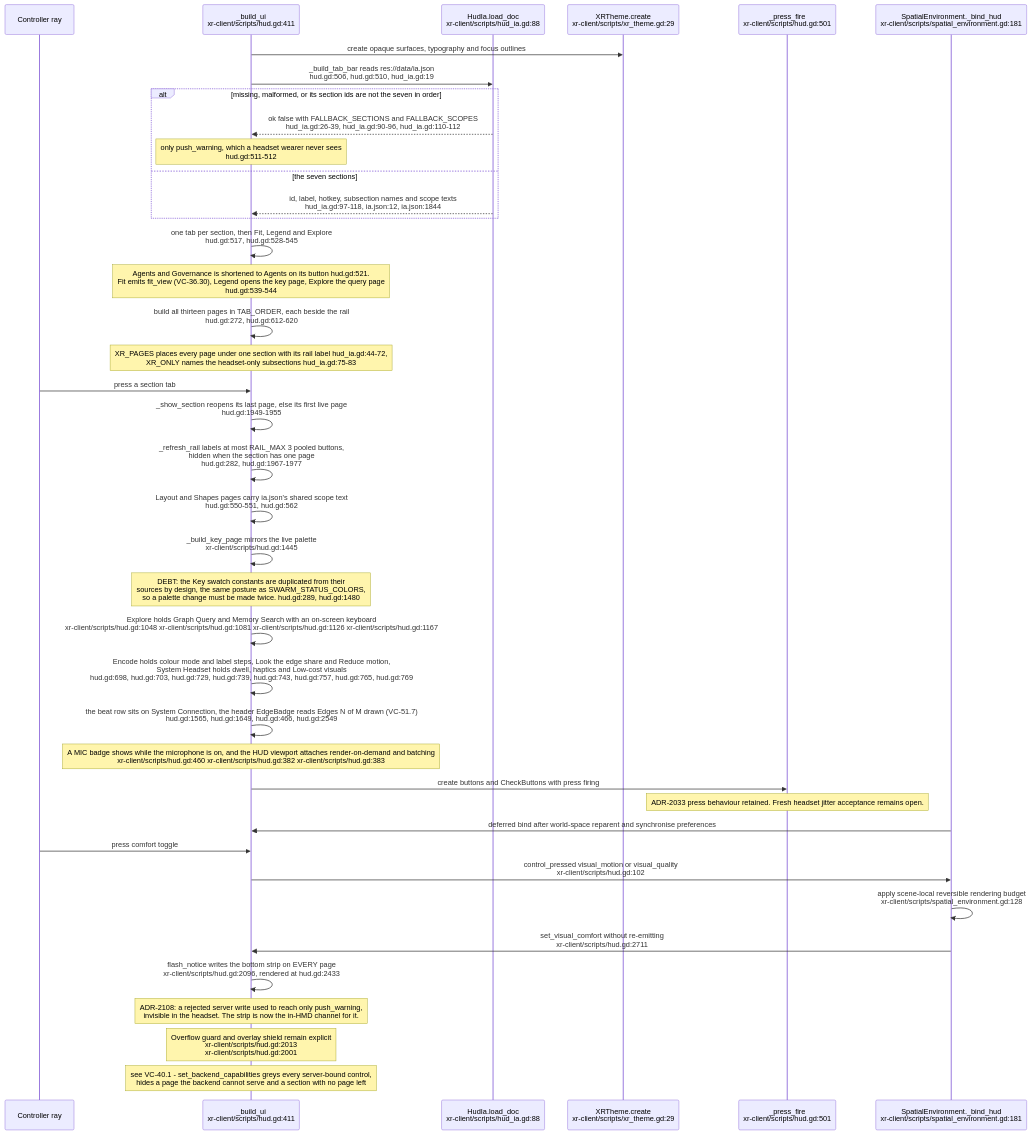
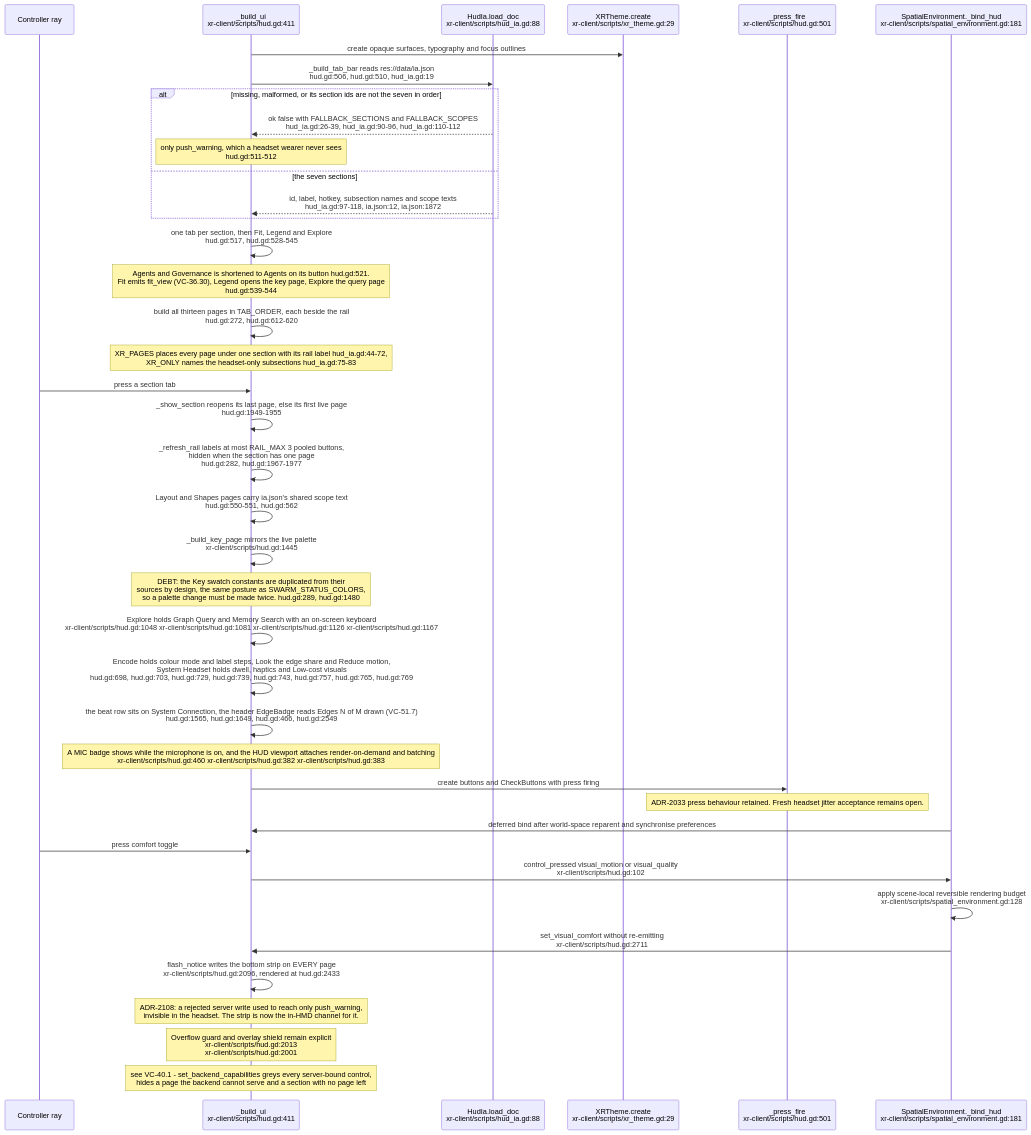
Before and after one commit to DreamLab-AI/VisionFlow: the eighth of 30 diagrams in docs/diagrams/visionclaw/36-godot-xr-client.md, drawn with Mermaid. The commit also changed other lines of this file and 81 other files, not shown here.

First line of the commit message:
docs(diagrams): roll VisionClaw topics to main 010e1109b (PR 37 and 38 merged); fix remaining prose citations

````diff
--- a/docs/diagrams/visionclaw/36-godot-xr-client.md
+++ b/docs/diagrams/visionclaw/36-godot-xr-client.md
@@ -504,42 +504,42 @@
 ```mermaid
 sequenceDiagram
     participant W as Controller ray
     participant HUD as _build_ui<br/>xr-client/scripts/hud.gd:411
     participant IA as HudIa.load_doc<br/>xr-client/scripts/hud_ia.gd:88
     participant Theme as XRTheme.create<br/>xr-client/scripts/xr_theme.gd:29
     participant Press as _press_fire<br/>xr-client/scripts/hud.gd:501
     participant Env as SpatialEnvironment._bind_hud<br/>xr-client/scripts/spatial_environment.gd:181
     HUD->>Theme: create opaque surfaces, typography and focus outlines
     HUD->>IA: _build_tab_bar reads res://data/ia.json<br/>hud.gd:506, hud.gd:510, hud_ia.gd:19
     alt missing, malformed, or its section ids are not the seven in order
         IA-->>HUD: ok false with FALLBACK_SECTIONS and FALLBACK_SCOPES<br/>hud_ia.gd:26-39, hud_ia.gd:90-96, hud_ia.gd:110-112
         Note over HUD: only push_warning, which a headset wearer never sees<br/>hud.gd:511-512
     else the seven sections
-        IA-->>HUD: id, label, hotkey, subsection names and scope texts<br/>hud_ia.gd:97-118, ia.json:12, ia.json:1844
+        IA-->>HUD: id, label, hotkey, subsection names and scope texts<br/>hud_ia.gd:97-118, ia.json:12, ia.json:1872
     end
     HUD->>HUD: one tab per section, then Fit, Legend and Explore<br/>hud.gd:517, hud.gd:528-545
     Note over HUD: Agents and Governance is shortened to Agents on its button hud.gd:521.<br/>Fit emits fit_view (VC-36.30), Legend opens the key page, Explore the query page<br/>hud.gd:539-544
     HUD->>HUD: build all thirteen pages in TAB_ORDER, each beside the rail<br/>hud.gd:272, hud.gd:612-620
     Note over HUD: XR_PAGES places every page under one section with its rail label hud_ia.gd:44-72,<br/>XR_ONLY names the headset-only subsections hud_ia.gd:75-83
     W->>HUD: press a section tab
     HUD->>HUD: _show_section reopens its last page, else its first live page<br/>hud.gd:1949-1955
     HUD->>HUD: _refresh_rail labels at most RAIL_MAX 3 pooled buttons,<br/>hidden when the section has one page<br/>hud.gd:282, hud.gd:1967-1977
     HUD->>HUD: Layout and Shapes pages carry ia.json's shared scope text<br/>hud.gd:550-551, hud.gd:562
     HUD->>HUD: _build_key_page mirrors the live palette<br/>xr-client/scripts/hud.gd:1445
     Note over HUD: DEBT: the Key swatch constants are duplicated from their<br/>sources by design, the same posture as SWARM_STATUS_COLORS,<br/>so a palette change must be made twice. hud.gd:289, hud.gd:1480
     HUD->>HUD: Explore holds Graph Query and Memory Search with an on-screen keyboard<br/>xr-client/scripts/hud.gd:1048 xr-client/scripts/hud.gd:1081 xr-client/scripts/hud.gd:1126 xr-client/scripts/hud.gd:1167
     HUD->>HUD: Encode holds colour mode and label steps, Look the edge share and Reduce motion,<br/>System Headset holds dwell, haptics and Low-cost visuals<br/>hud.gd:698, hud.gd:703, hud.gd:729, hud.gd:739, hud.gd:743, hud.gd:757, hud.gd:765, hud.gd:769
     HUD->>HUD: the beat row sits on System Connection, the header EdgeBadge reads Edges N of M drawn (VC-51.7)<br/>hud.gd:1565, hud.gd:1649, hud.gd:466, hud.gd:2549
     Note over HUD: A MIC badge shows while the microphone is on, and the HUD viewport attaches render-on-demand and batching<br/>xr-client/scripts/hud.gd:460 xr-client/scripts/hud.gd:382 xr-client/scripts/hud.gd:383
     HUD->>Press: create buttons and CheckButtons with press firing
     Note over Press: ADR-2033 press behaviour retained. Fresh headset jitter acceptance remains open.
     Env->>HUD: deferred bind after world-space reparent and synchronise preferences
     W->>HUD: press comfort toggle
     HUD->>Env: control_pressed visual_motion or visual_quality<br/>xr-client/scripts/hud.gd:102
     Env->>Env: apply scene-local reversible rendering budget<br/>xr-client/scripts/spatial_environment.gd:128
     Env->>HUD: set_visual_comfort without re-emitting<br/>xr-client/scripts/hud.gd:2711
     HUD->>HUD: flash_notice writes the bottom strip on EVERY page<br/>xr-client/scripts/hud.gd:2096, rendered at hud.gd:2433
     Note over HUD: ADR-2108: a rejected server write used to reach only push_warning,<br/>invisible in the headset. The strip is now the in-HMD channel for it.
     Note over HUD: Overflow guard and overlay shield remain explicit<br/>xr-client/scripts/hud.gd:2013<br/>xr-client/scripts/hud.gd:2001
     Note over HUD: see VC-40.1 - set_backend_capabilities greys every server-bound control,<br/>hides a page the backend cannot serve and a section with no page left
 ```
````
